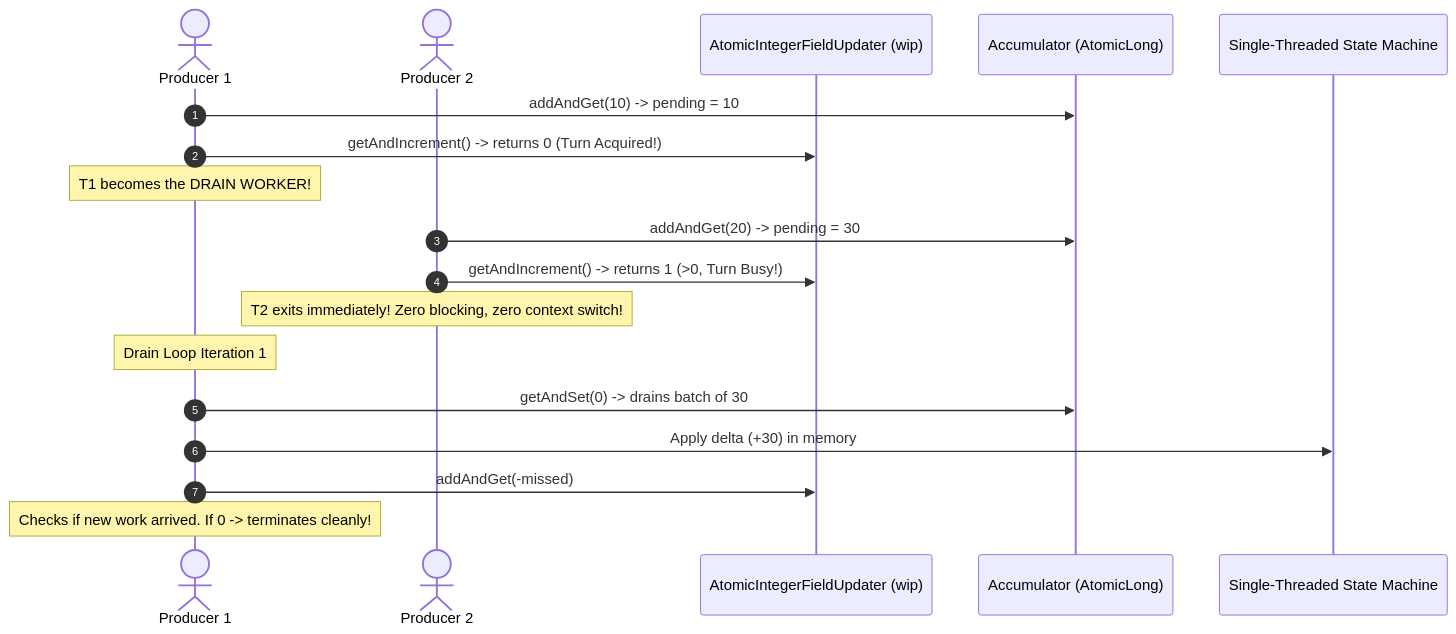
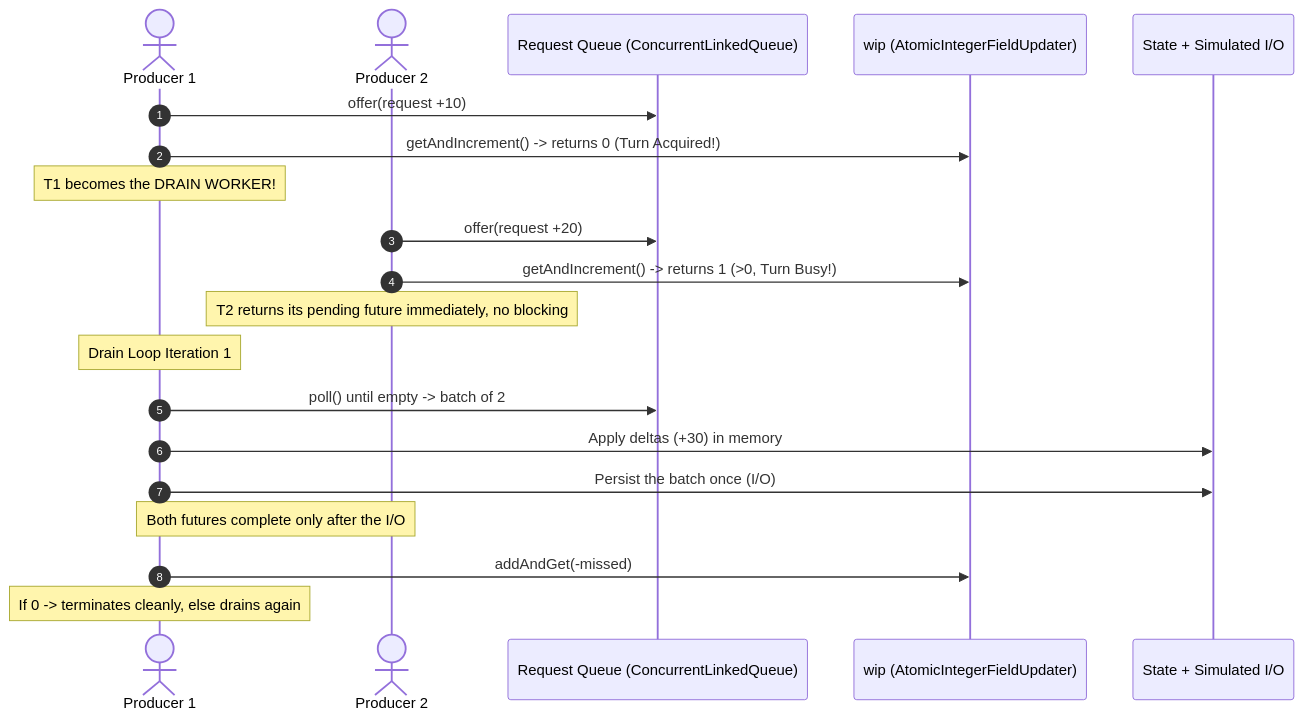
Before and after one commit to tuannx/concurrency-paradigms-lab: the second of 4 diagrams in ARCHIFY.md, drawn with Mermaid. The commit also changed 3 other files, not shown here.

First line of the commit message:
fix: complete WIP drain futures after the batch I/O and re-measure benchmarks

````diff
--- a/ARCHIFY.md
+++ b/ARCHIFY.md
@@ -121,23 +121,25 @@
 ```mermaid
 sequenceDiagram
     autonumber
     actor T1 as Producer 1
     actor T2 as Producer 2
-    participant WIP as AtomicIntegerFieldUpdater (wip)
-    participant ACC as Accumulator (AtomicLong)
-    participant SM as Single-Threaded State Machine
+    participant Q as Request Queue (ConcurrentLinkedQueue)
+    participant WIP as wip (AtomicIntegerFieldUpdater)
+    participant SM as State + Simulated I/O
 
-    T1->>ACC: addAndGet(10) -> pending = 10
+    T1->>Q: offer(request +10)
     T1->>WIP: getAndIncrement() -> returns 0 (Turn Acquired!)
     Note over T1: T1 becomes the DRAIN WORKER!
 
-    T2->>ACC: addAndGet(20) -> pending = 30
+    T2->>Q: offer(request +20)
     T2->>WIP: getAndIncrement() -> returns 1 (>0, Turn Busy!)
-    Note over T2: T2 exits immediately! Zero blocking, zero context switch!
+    Note over T2: T2 returns its pending future immediately, no blocking
 
     Note over T1: Drain Loop Iteration 1
-    T1->>ACC: getAndSet(0) -> drains batch of 30
-    T1->>SM: Apply delta (+30) in memory
+    T1->>Q: poll() until empty -> batch of 2
+    T1->>SM: Apply deltas (+30) in memory
+    T1->>SM: Persist the batch once (I/O)
+    Note over T1,T2: Both futures complete only after the I/O
     T1->>WIP: addAndGet(-missed)
-    Note over T1: Checks if new work arrived. If 0 -> terminates cleanly!
+    Note over T1: If 0 -> terminates cleanly, else drains again
 ```
````
